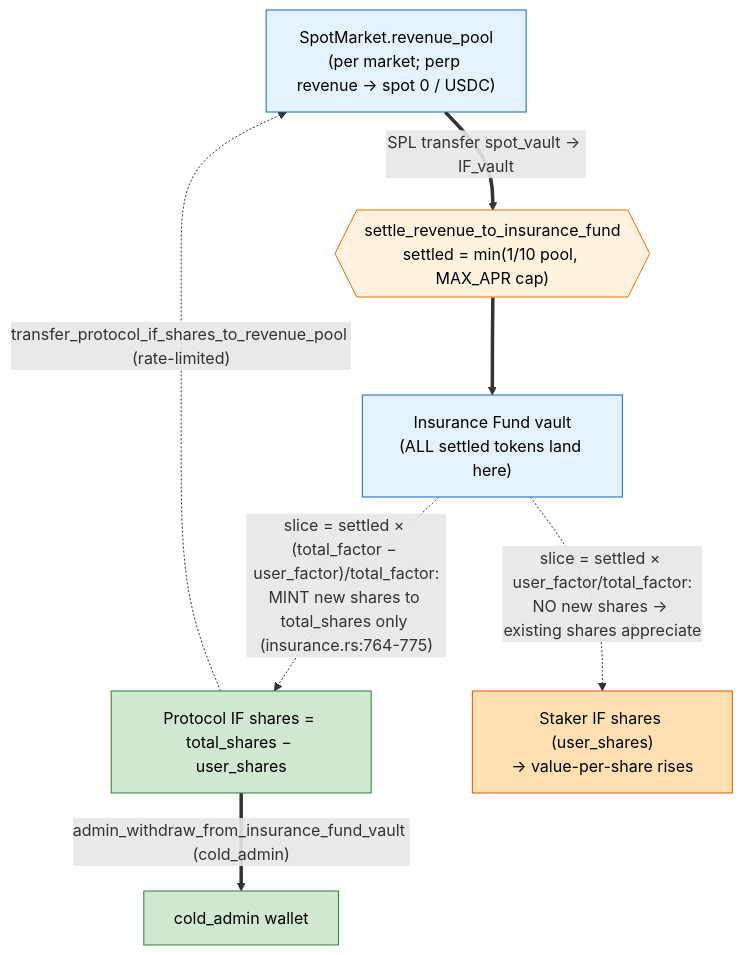
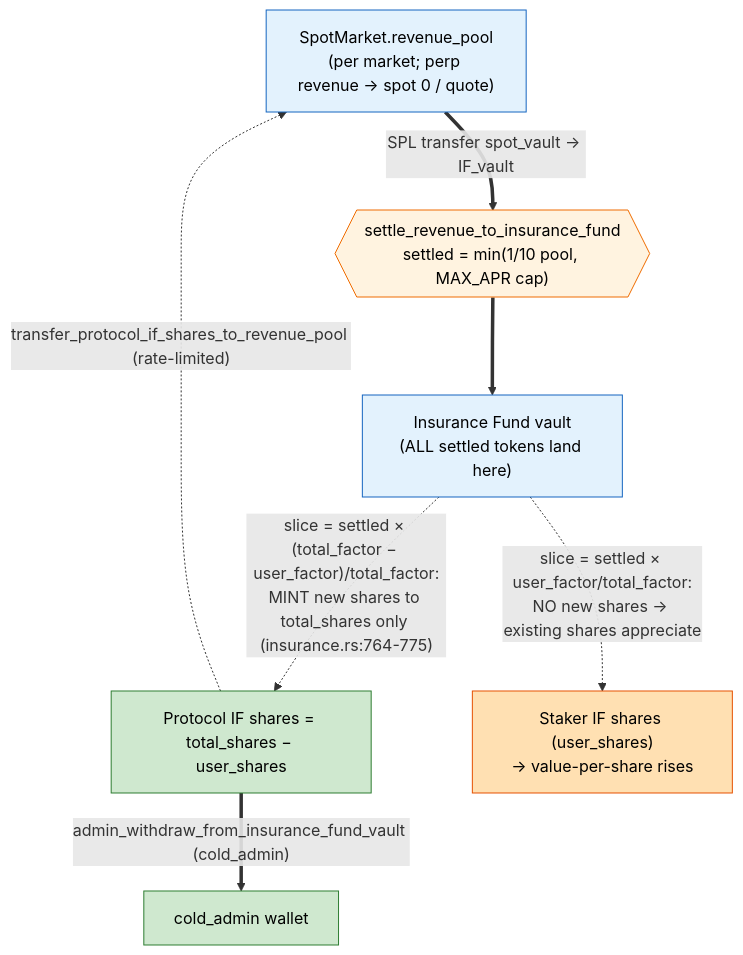
One commit to velocity-exchange/velocity-v1 changed the fourth of 4 diagrams in FEES.md. Above: the diagram before and after it, drawn with Mermaid. The commit also changed other lines of this file and 6 other files, not shown here.

````diff
--- a/FEES.md
+++ b/FEES.md
@@ -496,21 +496,21 @@
 ```mermaid
 flowchart TD
     classDef pool fill:#e3f2fd,stroke:#1565c0,color:#000;
     classDef step fill:#fff3e0,stroke:#ef6c00,color:#000;
     classDef revenue fill:#cfe8cf,stroke:#2e7d32,color:#000;
     classDef passthru fill:#ffe0b2,stroke:#e65100,color:#000;
 
-    RP["SpotMarket.revenue_pool<br/>(per market; perp revenue → spot 0 / USDC)"]:::pool
+    RP["SpotMarket.revenue_pool<br/>(per market; perp revenue → spot 0 / quote)"]:::pool
     SET{{"settle_revenue_to_insurance_fund<br/>settled = min(1/10 pool, MAX_APR cap)"}}:::step
     IFV["Insurance Fund vault<br/>(ALL settled tokens land here)"]:::pool
     PSH["Protocol IF shares = total_shares − user_shares"]:::revenue
     USH["Staker IF shares (user_shares)<br/>→ value-per-share rises"]:::passthru
     WALL["cold_admin wallet"]:::revenue
 
     RP ==>|"SPL transfer spot_vault → IF_vault"| SET
     SET ==> IFV
     IFV -.->|"slice = settled × (total_factor − user_factor)/total_factor:<br/>MINT new shares to total_shares only (insurance.rs:764-775)"| PSH
     IFV -.->|"slice = settled × user_factor/total_factor:<br/>NO new shares → existing shares appreciate"| USH
     PSH ==>|"admin_withdraw_from_insurance_fund_vault (cold_admin)"| WALL
     PSH -.->|"transfer_protocol_if_shares_to_revenue_pool (rate-limited)"| RP
 ```
````
